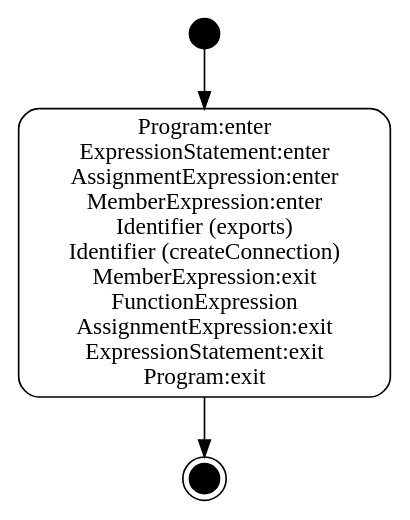
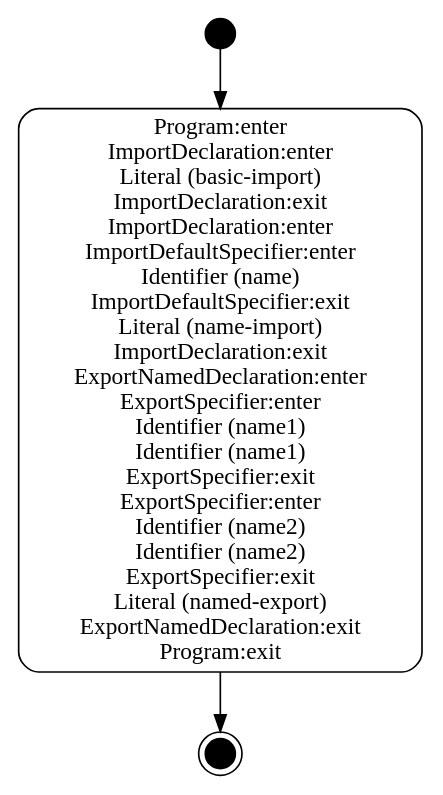
One commit to DiffYao/npm_check changed the diagram in output/dot/0.dot. Above: the diagram before and after it, drawn with Graphviz. The commit also changed 16 other files, not shown here.

```diff
--- a/output/dot/0.dot
+++ b/output/dot/0.dot
@@ -1,8 +1,8 @@
 
 digraph {
 node[shape=box,style="rounded,filled",fillcolor=white];
 initial[label="",shape=circle,style=filled,fillcolor=black,width=0.25,height=0.25];
 final[label="",shape=doublecircle,style=filled,fillcolor=black,width=0.25,height=0.25];
-s1_1[label="Program:enter\nExpressionStatement:enter\nAssignmentExpression:enter\nMemberExpression:enter\nIdentifier (exports)\nIdentifier (createConnection)\nMemberExpression:exit\nFunctionExpression\nAssignmentExpression:exit\nExpressionStatement:exit\nProgram:exit"];
+s1_1[label="Program:enter\nImportDeclaration:enter\nLiteral (basic-import)\nImportDeclaration:exit\nImportDeclaration:enter\nImportDefaultSpecifier:enter\nIdentifier (name)\nImportDefaultSpecifier:exit\nLiteral (name-import)\nImportDeclaration:exit\nExportNamedDeclaration:enter\nExportSpecifier:enter\nIdentifier (name1)\nIdentifier (name1)\nExportSpecifier:exit\nExportSpecifier:enter\nIdentifier (name2)\nIdentifier (name2)\nExportSpecifier:exit\nLiteral (named-export)\nExportNamedDeclaration:exit\nProgram:exit"];
 initial->s1_1->final;
 }
```
